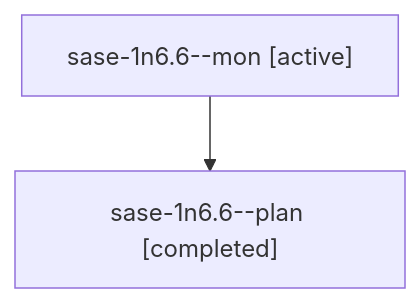
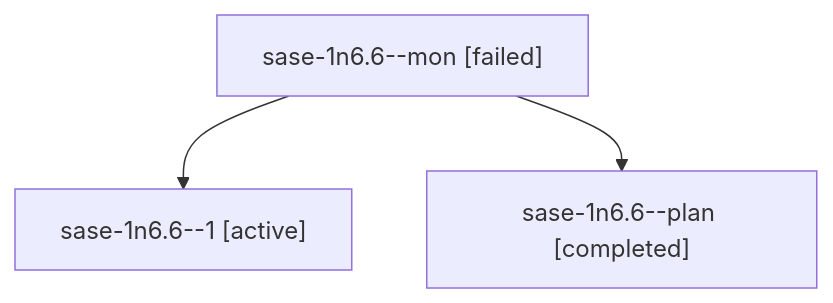
The diagram in sessions/bbugyi200.athena.sase-1n6.6.md (sase-org/sase--agents), drawn with Mermaid before and after one commit. The commit also changed other lines of this file and 134 other files, not shown here.

````diff
--- a/sessions/bbugyi200.athena.sase-1n6.6.md
+++ b/sessions/bbugyi200.athena.sase-1n6.6.md
@@ -9,6 +9,8 @@
 ```mermaid
 flowchart TD
-  n0["sase-1n6.6--mon [active]"]
-  n1["sase-1n6.6--plan [completed]"]
+  n0["sase-1n6.6--mon [failed]"]
+  n1["sase-1n6.6--1 [active]"]
   n0 --> n1
+  n2["sase-1n6.6--plan [completed]"]
+  n0 --> n2
 ```
````
